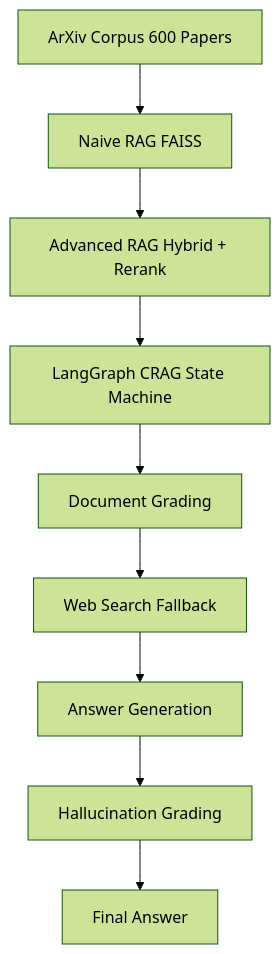
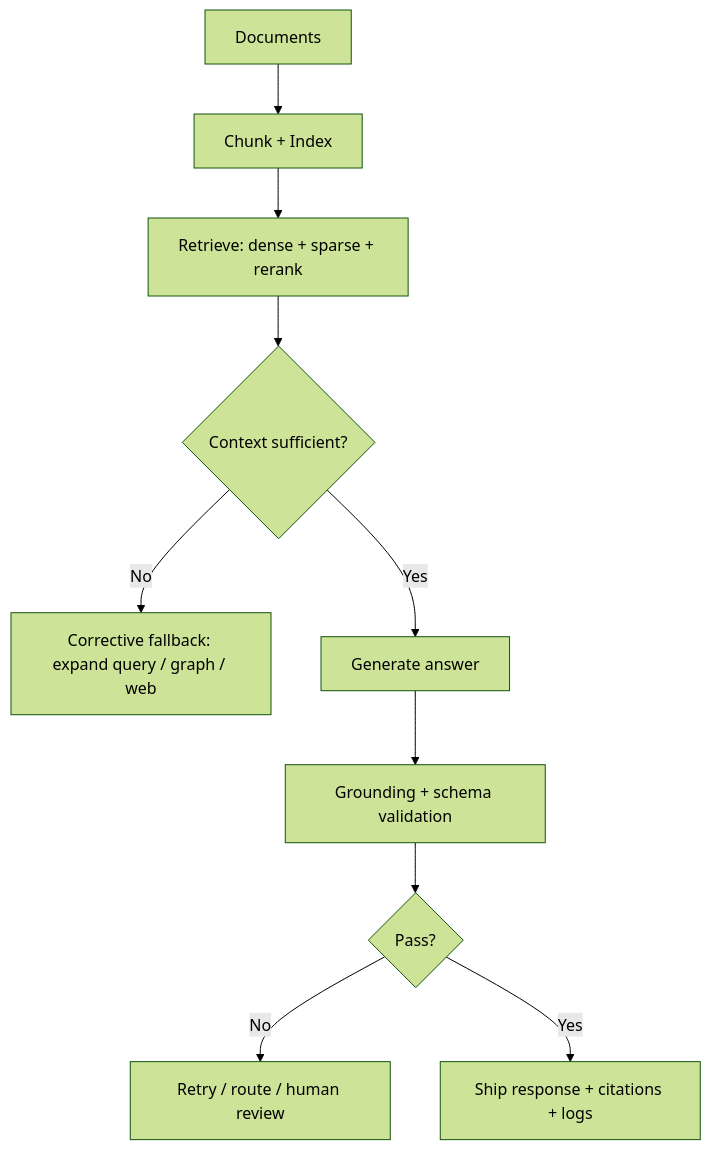
Before and after one commit to pypi-ahmad/pypi-ahmad: the diagram in README.md, drawn with Mermaid (forest theme). The commit also changed other lines of this file and 1 other file, not shown here.

````diff
--- a/README.md
+++ b/README.md
@@ -188,11 +113,12 @@
 ```mermaid
 flowchart TD
-    A[ArXiv Corpus 600 Papers] --> B[Naive RAG FAISS]
-    B --> C[Advanced RAG Hybrid + Rerank]
-    C --> D[LangGraph CRAG State Machine]
-    D --> E[Document Grading]
-    E --> F[Web Search Fallback]
-    F --> G[Answer Generation]
-    G --> H[Hallucination Grading]
-    H --> I[Final Answer]
+  A[Documents] --> B[Chunk + Index]
+  B --> C[Retrieve: dense + sparse + rerank]
+  C --> D{Context sufficient?}
+  D -->|No| E[Corrective fallback: expand query / graph / web]
+  D -->|Yes| F[Generate answer]
+  F --> G[Grounding + schema validation]
+  G --> H{Pass?}
+  H -->|No| I[Retry / route / human review]
+  H -->|Yes| J[Ship response + citations + logs]
 ```
````
